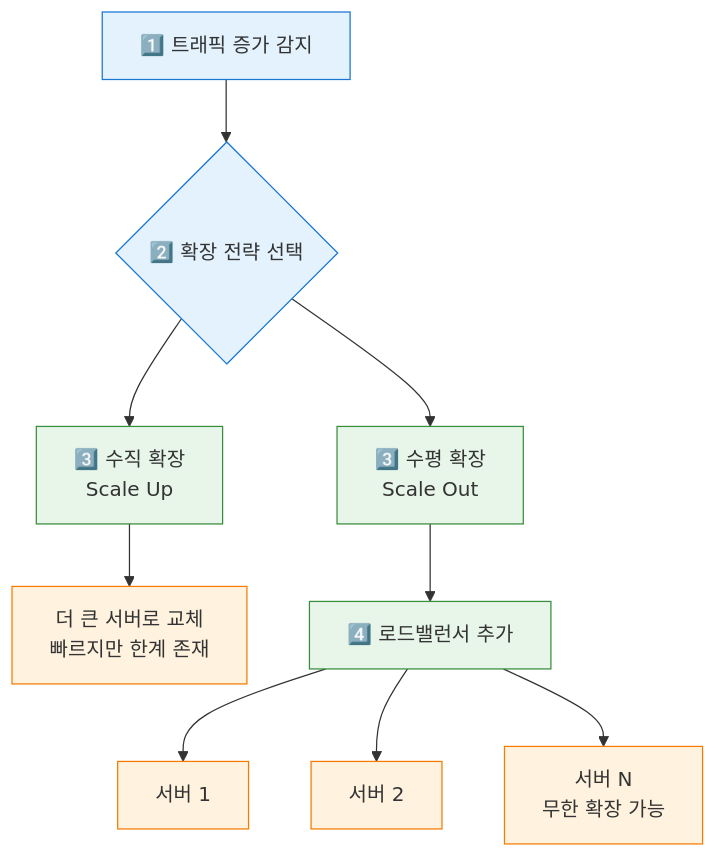
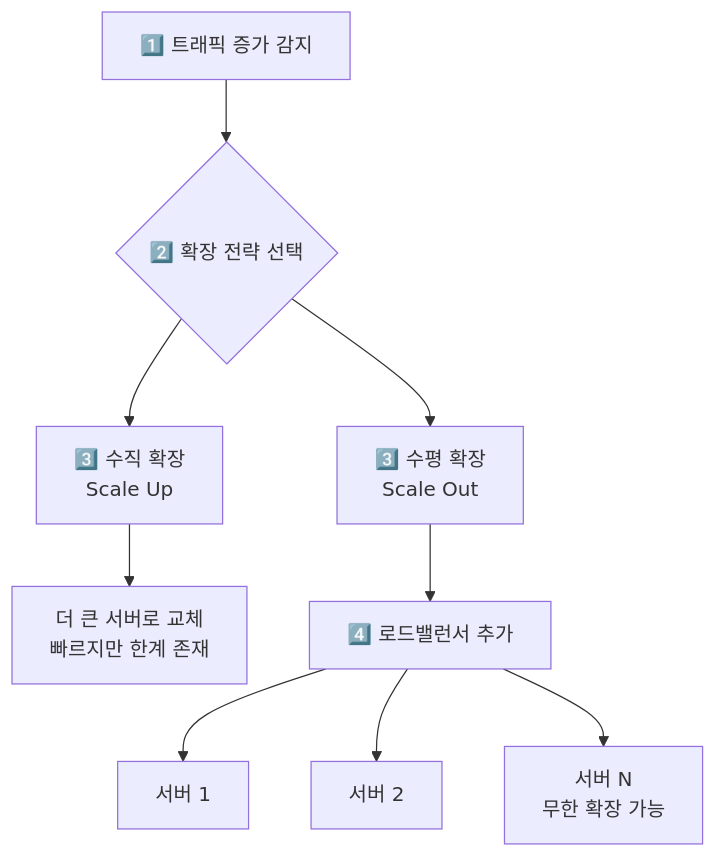
One commit to yjkim2015/yjkim2015.github.io changed the first of 17 diagrams in _posts/systemdesign/2026-05-02-system-design-fundamentals.md. Above: the diagram before and after it, drawn with Mermaid. The commit also changed other lines of this file and 215 other files, not shown here.

First line of the commit message:
신규 포스트 10개 추가 + Mermaid 전면 축소 + SystemDesign 시리즈 보강

````diff
--- a/_posts/systemdesign/2026-05-02-system-design-fundamentals.md
+++ b/_posts/systemdesign/2026-05-02-system-design-fundamentals.md
@@ -58,18 +58,11 @@
 ```mermaid
 graph TD
     A["1️⃣ 트래픽 증가 감지"] --> B{"2️⃣ 확장 전략 선택"}
     B --> C["3️⃣ 수직 확장\nScale Up"]
     B --> D["3️⃣ 수평 확장\nScale Out"]
     C --> E["더 큰 서버로 교체\n빠르지만 한계 존재"]
     D --> F["4️⃣ 로드밸런서 추가"]
     F --> G["서버 1"]
     F --> H["서버 2"]
     F --> I["서버 N\n무한 확장 가능"]
-
-    classDef client fill:#e3f2fd,stroke:#1976d2
-    classDef server fill:#e8f5e9,stroke:#388e3c
-    classDef db fill:#fff3e0,stroke:#f57c00
-    class A,B client
-    class C,D,F server
-    class E,G,H,I db
 ```
````
